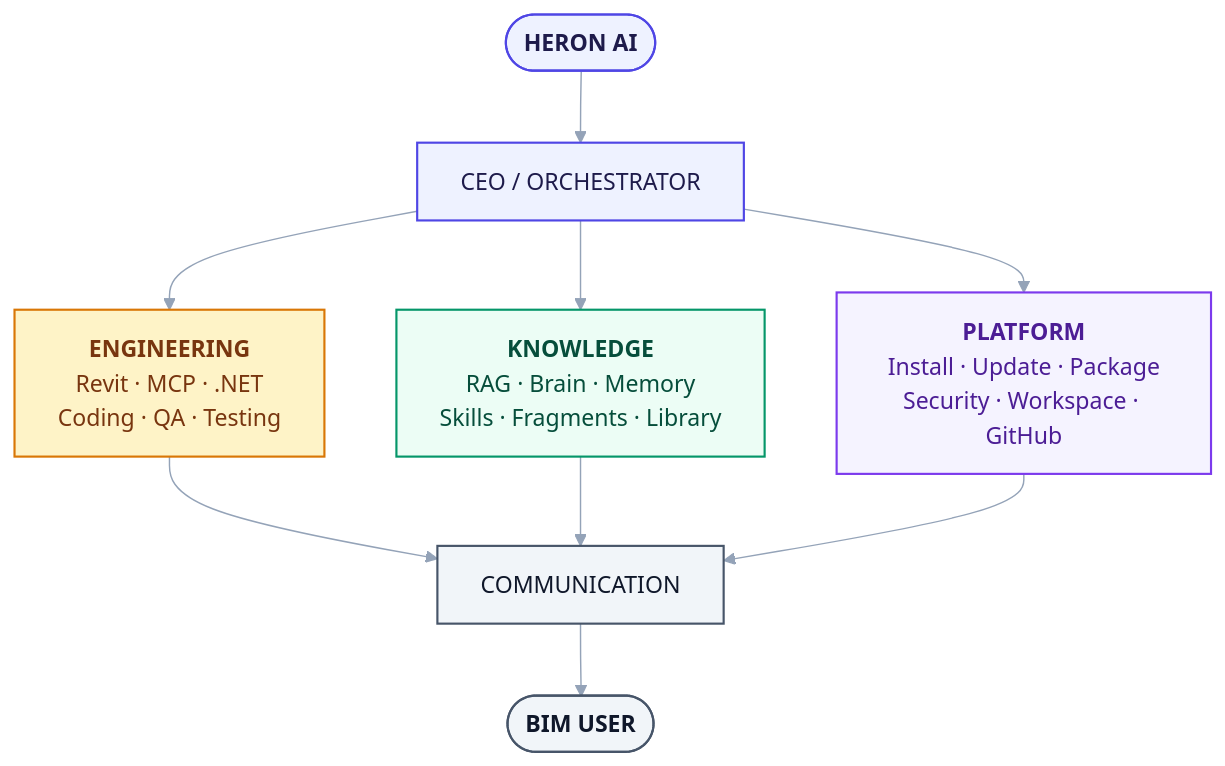
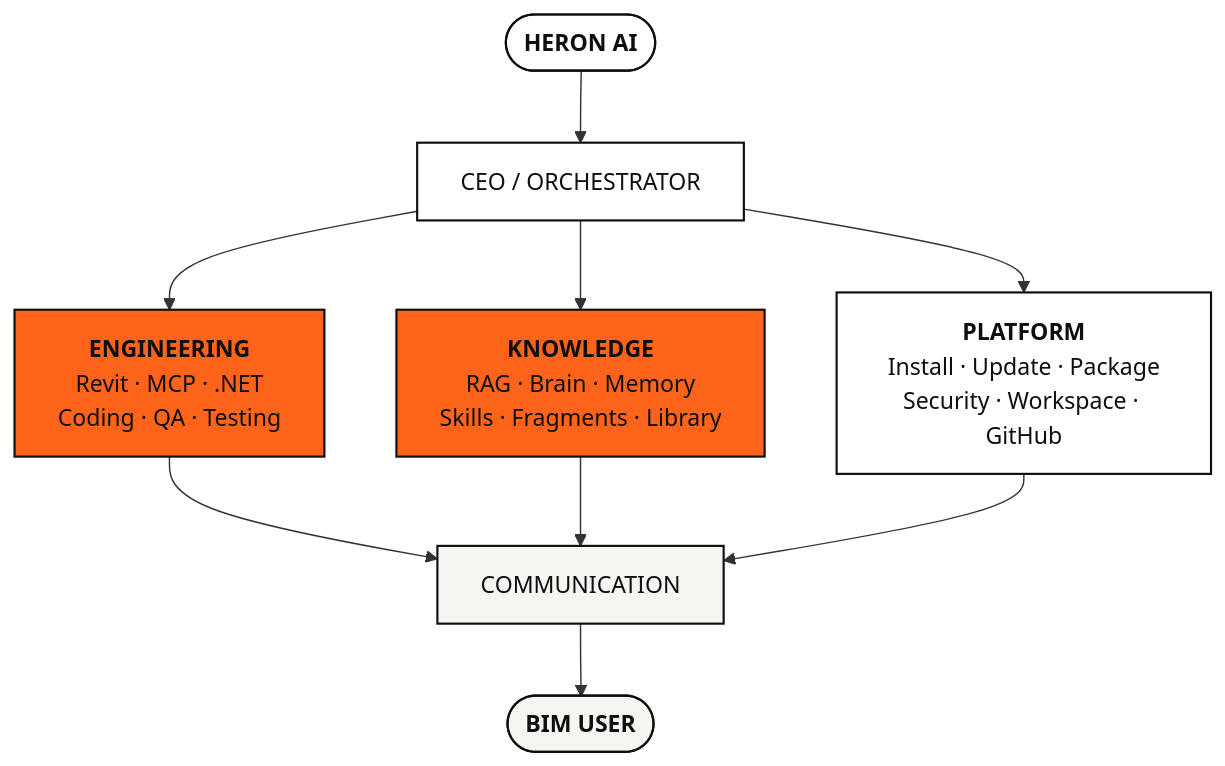
Before and after one commit to Ajmalpshaik/Heron-AI: the second of 3 diagrams in docs/02-architecture-overview.md, drawn with Mermaid. The commit also changed other lines of this file and 44 other files, not shown here.

First line of the commit message:
Diagrams in the other docs move to the brand palette (D-149, #1116)

````diff
--- a/docs/02-architecture-overview.md
+++ b/docs/02-architecture-overview.md
@@ -104,31 +103,30 @@
 ```mermaid
-%%{init: {"themeVariables": {"edgeLabelBackground":"#F1F5F9","lineColor":"#94A3B8","textColor":"#0F172A","tertiaryTextColor":"#0F172A"}}}%%
 flowchart TD
     H(["<b>HERON AI</b>"])
     CEO["CEO / ORCHESTRATOR"]
     ENG["<b>ENGINEERING</b><br/>Revit · MCP · .NET<br/>Coding · QA · Testing"]
     KNO["<b>KNOWLEDGE</b><br/>RAG · Brain · Memory<br/>Skills · Fragments · Library"]
     PLA["<b>PLATFORM</b><br/>Install · Update · Package<br/>Security · Workspace · GitHub"]
     COM["COMMUNICATION"]
     BIM(["<b>BIM USER</b>"])
 
     H --> CEO
     CEO --> ENG
     CEO --> KNO
     CEO --> PLA
     ENG --> COM
     KNO --> COM
     PLA --> COM
     COM --> BIM
 
-    classDef user fill:#F1F5F9,stroke:#475569,stroke-width:1.5px,color:#0F172A
-    classDef host fill:#EEF2FF,stroke:#4F46E5,stroke-width:1.5px,color:#1E1B4B
-    classDef addin fill:#FEF3C7,stroke:#D97706,stroke-width:1.5px,color:#78350F
-    classDef brain fill:#ECFDF5,stroke:#059669,stroke-width:1.5px,color:#064E3B
-    classDef plat fill:#F5F3FF,stroke:#7C3AED,stroke-width:1.5px,color:#4C1D95
+    classDef user fill:#F7F5F2,stroke:#0F0F10,stroke-width:1.5px,color:#0F0F10
+    classDef host fill:#FFFFFF,stroke:#0F0F10,stroke-width:1.5px,color:#0F0F10
+    classDef addin fill:#FD641A,stroke:#0F0F10,stroke-width:1.5px,color:#0F0F10
+    classDef brain fill:#FD641A,stroke:#0F0F10,stroke-width:1.5px,color:#0F0F10
+    classDef plat fill:#FFFFFF,stroke:#0F0F10,stroke-width:1.5px,color:#0F0F10
     class H,CEO host
     class ENG addin
     class KNO brain
     class PLA plat
     class COM,BIM user
 ```
````
